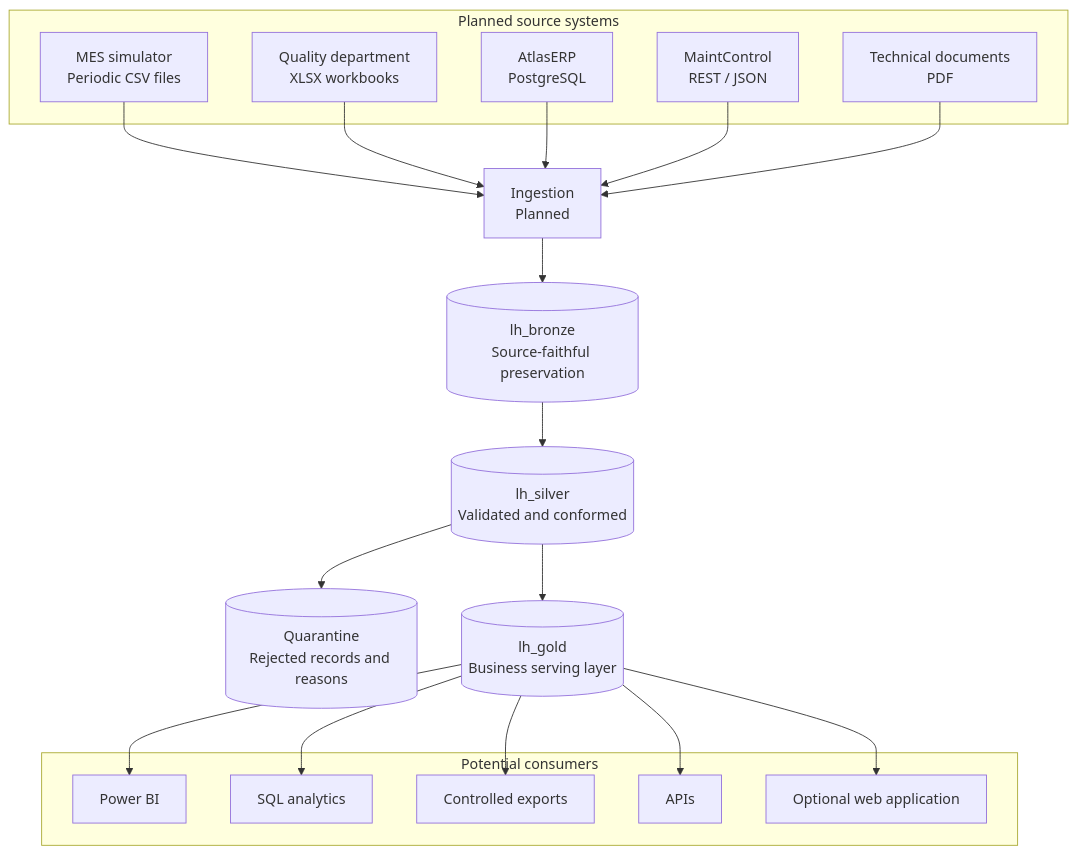
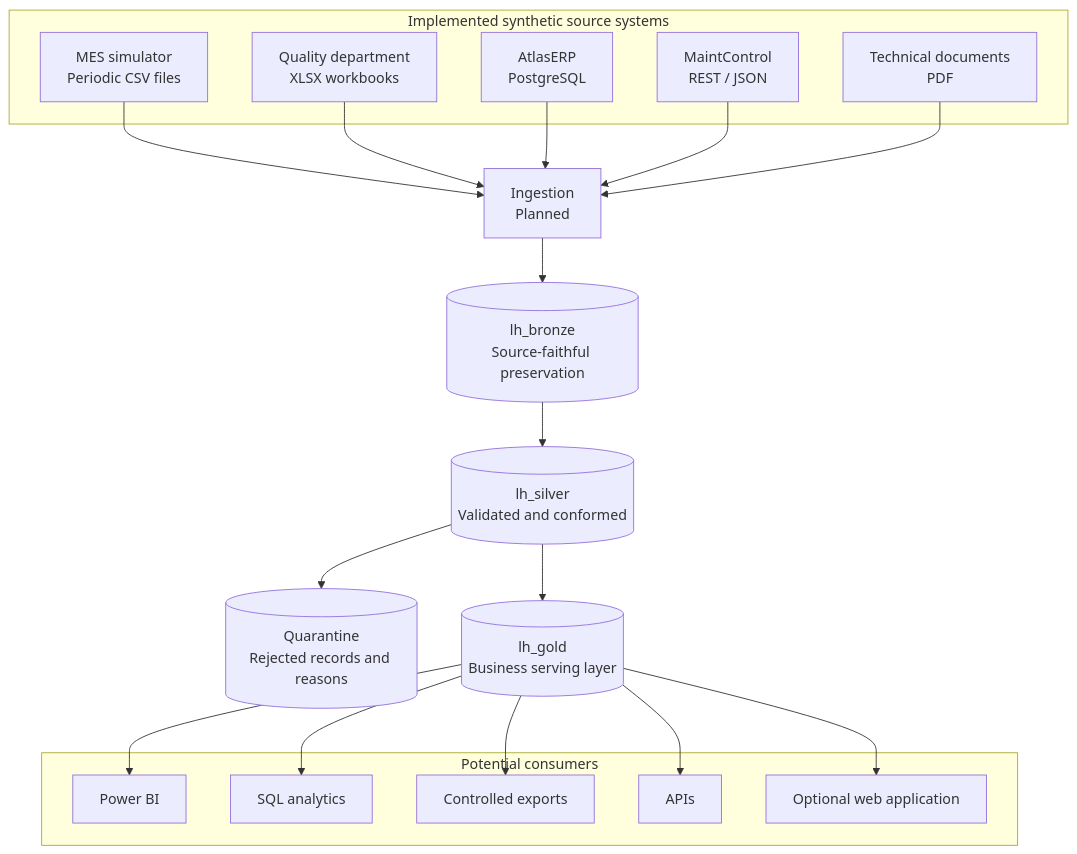
Before and after one commit to LuidiC/industrial-data-platform: the diagram in docs/architecture/overview.md, drawn with Mermaid. The commit also changed other lines of this file and 58 other files, not shown here.

Commit message:
feat: implement synthetic industrial source ecosystem

````diff
--- a/docs/architecture/overview.md
+++ b/docs/architecture/overview.md
@@ -15,39 +15,39 @@
 ```mermaid
 flowchart TB
-    subgraph Sources[Planned source systems]
+    subgraph Sources[Implemented synthetic source systems]
         MES[MES simulator<br/>Periodic CSV files]
         QUALITY[Quality department<br/>XLSX workbooks]
         ERP[AtlasERP<br/>PostgreSQL]
         MAINT[MaintControl<br/>REST / JSON]
         DOCS[Technical documents<br/>PDF]
     end
 
     INGEST[Ingestion<br/>Planned]
     BRONZE[(lh_bronze<br/>Source-faithful preservation)]
     SILVER[(lh_silver<br/>Validated and conformed)]
     QUARANTINE[(Quarantine<br/>Rejected records and reasons)]
     GOLD[(lh_gold<br/>Business serving layer)]
 
     subgraph Consumers[Potential consumers]
         POWERBI[Power BI]
         SQL[SQL analytics]
         EXPORTS[Controlled exports]
         APIS[APIs]
         WEB[Optional web application]
     end
 
     MES --> INGEST
     QUALITY --> INGEST
     ERP --> INGEST
     MAINT --> INGEST
     INGEST --> BRONZE
     DOCS --> INGEST
     BRONZE --> SILVER
     SILVER --> GOLD
     SILVER --> QUARANTINE
     GOLD --> POWERBI
     GOLD --> SQL
     GOLD --> EXPORTS
     GOLD --> APIS
     GOLD --> WEB
 ```
````
